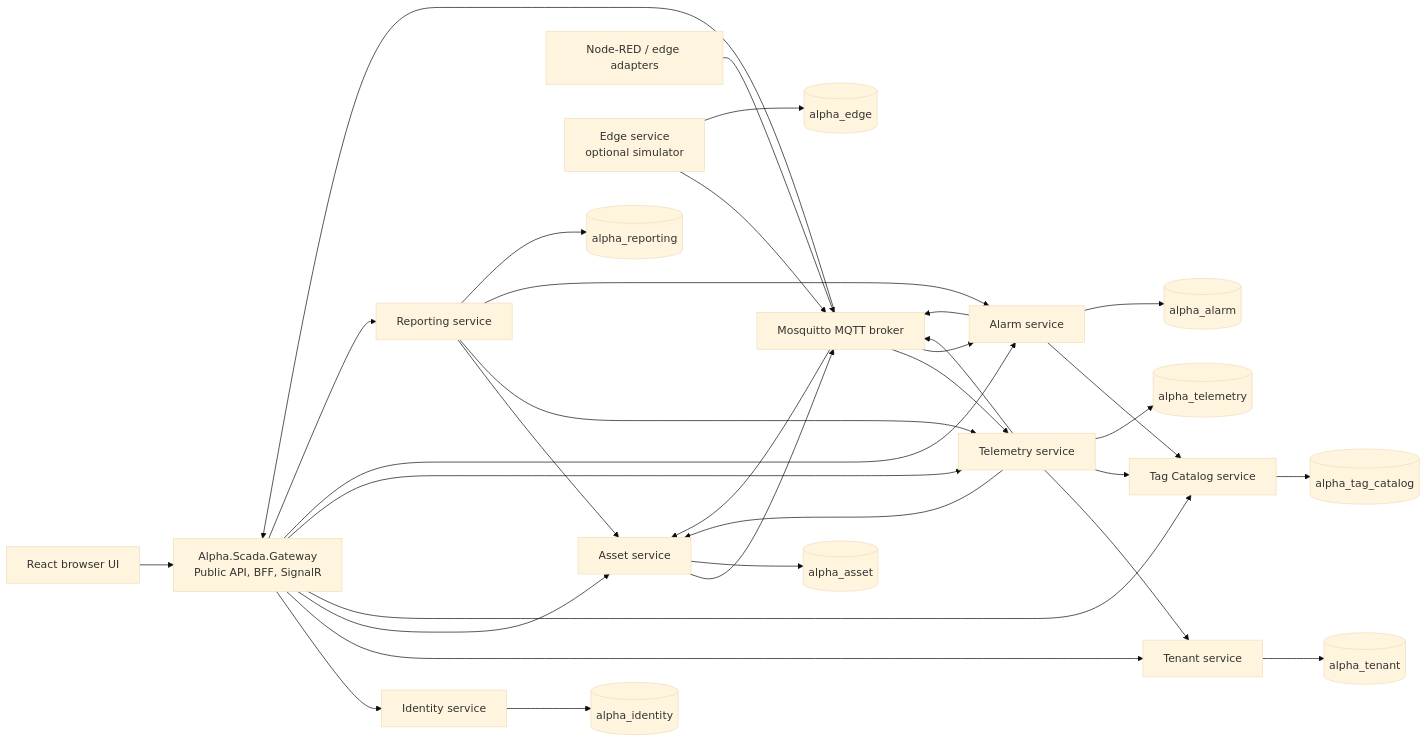
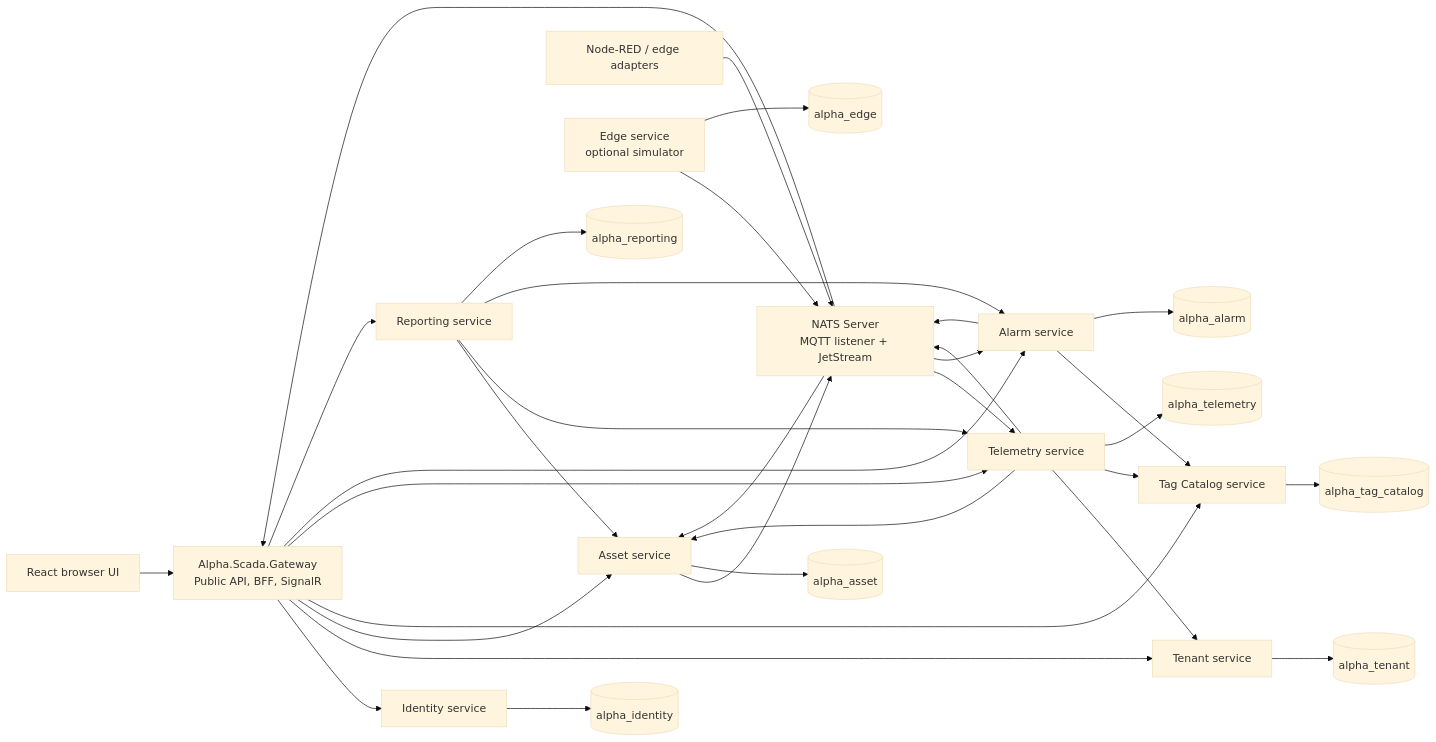
The first of 4 diagrams in docs/system-overview.md (dhalavach/alpha-scada), drawn with Mermaid (base theme) before and after one commit. The commit also changed other lines of this file and 75 other files, not shown here.

````diff
--- a/docs/system-overview.md
+++ b/docs/system-overview.md
@@ -29,41 +29,41 @@
 ```mermaid
 flowchart LR
     Browser["React browser UI"] --> Gateway["Alpha.Scada.Gateway<br/>Public API, BFF, SignalR"]
 
     Gateway --> Identity["Identity service"]
     Gateway --> Tenant["Tenant service"]
     Gateway --> Asset["Asset service"]
     Gateway --> TagCatalog["Tag Catalog service"]
     Gateway --> Telemetry["Telemetry service"]
     Gateway --> Alarm["Alarm service"]
     Gateway --> Reporting["Reporting service"]
 
-    NodeRED["Node-RED / edge adapters"] --> Mosquitto["Mosquitto MQTT broker"]
-    Edge["Edge service<br/>optional simulator"] --> Mosquitto
+    NodeRED["Node-RED / edge adapters"] --> Nats["NATS Server<br/>MQTT listener + JetStream"]
+    Edge["Edge service<br/>optional simulator"] --> Nats
 
-    Mosquitto --> Telemetry
-    Telemetry --> Mosquitto
-    Mosquitto --> Asset
-    Mosquitto --> Alarm
-    Mosquitto --> Gateway
+    Nats --> Telemetry
+    Telemetry --> Nats
+    Nats --> Asset
+    Nats --> Alarm
+    Nats --> Gateway
 
     Telemetry --> Tenant
     Telemetry --> Asset
     Telemetry --> TagCatalog
     Alarm --> TagCatalog
-    Asset --> Mosquitto
-    Alarm --> Mosquitto
+    Asset --> Nats
+    Alarm --> Nats
 
     Reporting --> Asset
     Reporting --> Telemetry
     Reporting --> Alarm
 
     Identity --> DbIdentity[("alpha_identity")]
     Tenant --> DbTenant[("alpha_tenant")]
     Asset --> DbAsset[("alpha_asset")]
     TagCatalog --> DbTags[("alpha_tag_catalog")]
     Edge --> DbEdge[("alpha_edge")]
     Telemetry --> DbTelemetry[("alpha_telemetry")]
     Alarm --> DbAlarm[("alpha_alarm")]
     Reporting --> DbReporting[("alpha_reporting")]
 ```
````
